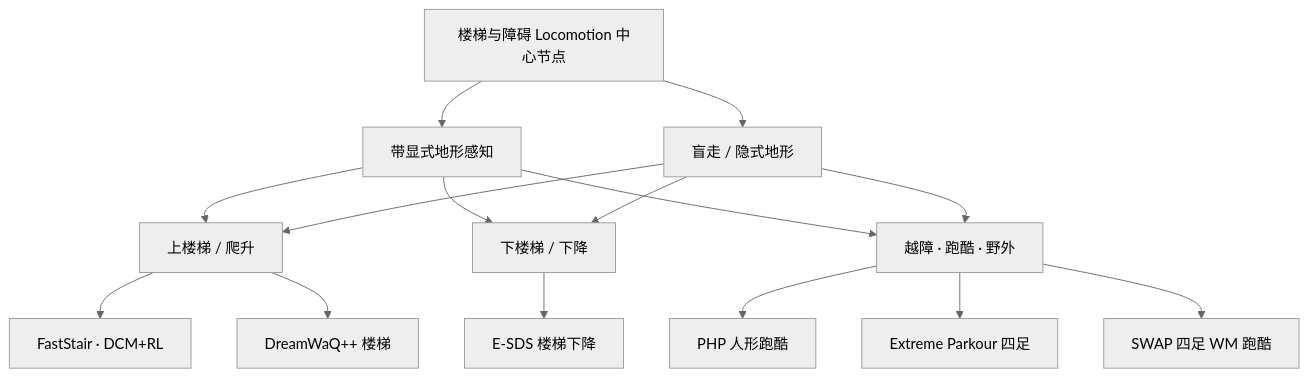
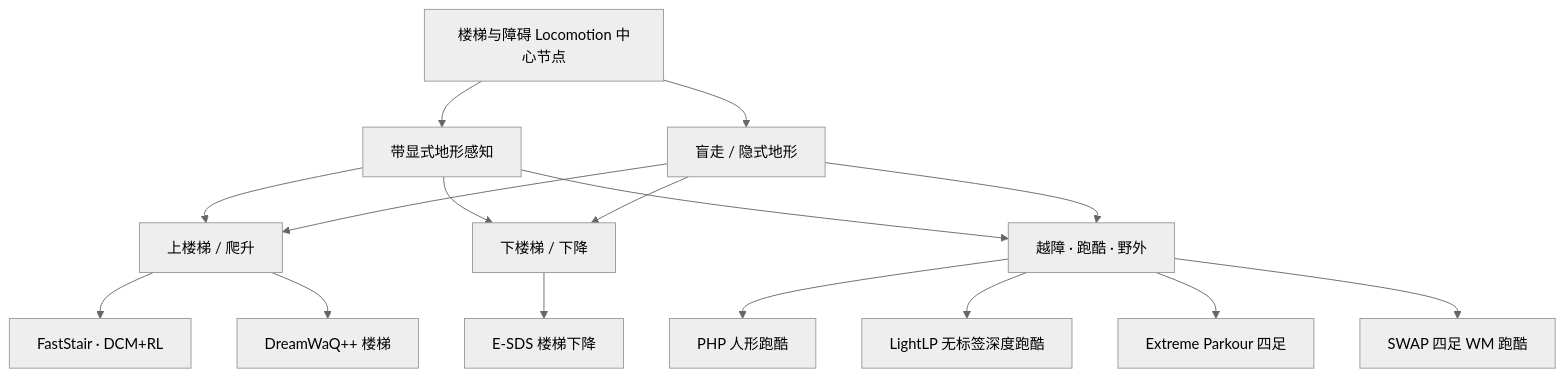
The diagram in wiki/tasks/stair-obstacle-perceptive-locomotion.md (ImChong/Robotics_Notebooks), drawn with Mermaid (neutral theme) before and after one commit. The commit also changed other lines of this file and 19 other files, not shown here.

````diff
--- a/wiki/tasks/stair-obstacle-perceptive-locomotion.md
+++ b/wiki/tasks/stair-obstacle-perceptive-locomotion.md
@@ -86,18 +88,19 @@
 ```mermaid
 flowchart TB
   H["楼梯与障碍 Locomotion 中心节点"]
   H --> P["带显式地形感知"]
   H --> B["盲走 / 隐式地形"]
   P --> SU["上楼梯 / 爬升"]
   P --> SD["下楼梯 / 下降"]
   P --> OB["越障 · 跑酷 · 野外"]
   B --> SU
   B --> SD
   B --> OB
   SU --> FS["FastStair · DCM+RL"]
   SU --> DW["DreamWaQ++ 楼梯"]
   SD --> ES["E-SDS 楼梯下降"]
   OB --> PHP["PHP 人形跑酷"]
+  OB --> LLP["LightLP 无标签深度跑酷"]
   OB --> EP["Extreme Parkour 四足"]
   OB --> SWAP["SWAP 四足 WM 跑酷"]
 ```
````
